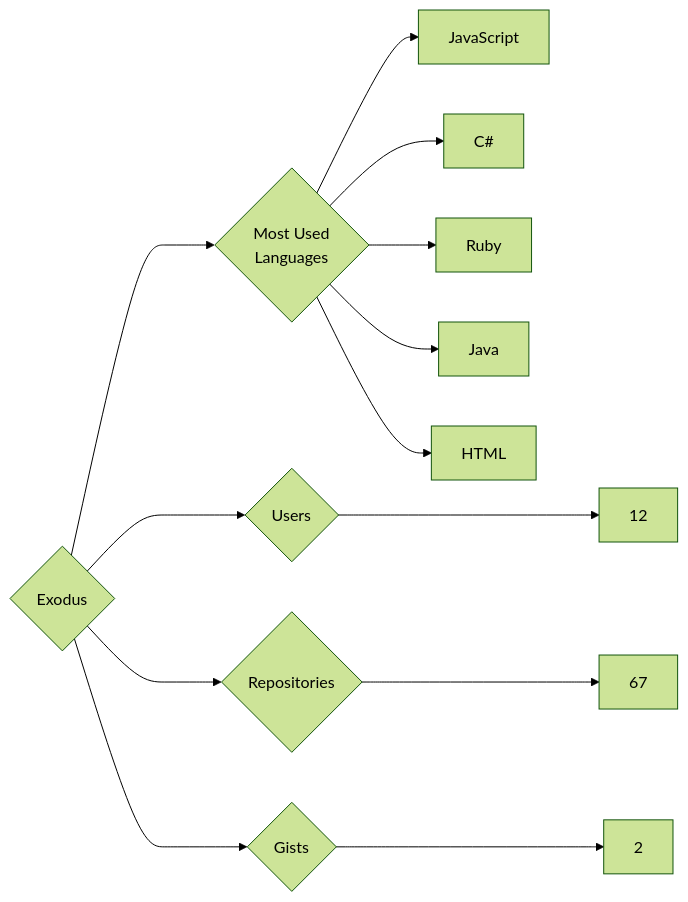
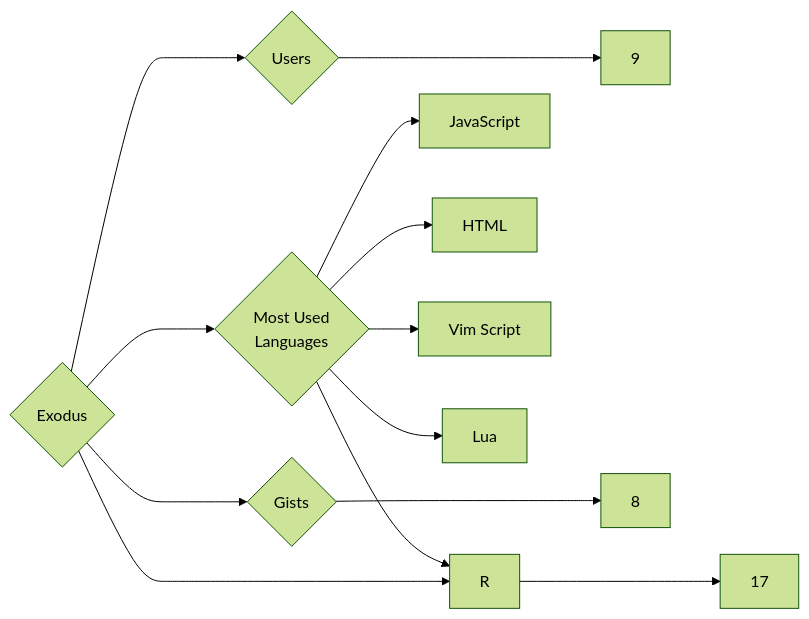
Before and after one commit to trickest/insiders: the diagram in targets/Exodus/README.md, drawn with Mermaid (forest theme). The commit also changed 1238 other files, not shown here.

````diff
--- a/targets/Exodus/README.md
+++ b/targets/Exodus/README.md
@@ -3,13 +3,13 @@
 ```mermaid
 graph LR
 COMPANY_NAME{Exodus}
-COMPANY_NAME ---> U{Users} ---> UN[12]
-COMPANY_NAME ---> R{Repositories} ---> RN[67]
-COMPANY_NAME ---> G{Gists} ---> GN[2]
+COMPANY_NAME ---> U{Users} ---> UN[9]
+COMPANY_NAME ---> R{Repositories} ---> RN[17]
+COMPANY_NAME ---> G{Gists} ---> GN[8]
 COMPANY_NAME ---> ML{Most Used<br>Languages}
 ML --> JavaScript[JavaScript]
-ML --> C#[C#]
-ML --> Ruby[Ruby]
-ML --> Java[Java]
 ML --> HTML[HTML]
+ML --> Vim_Script[Vim Script]
+ML --> R[R]
+ML --> Lua[Lua]
 ```
````
